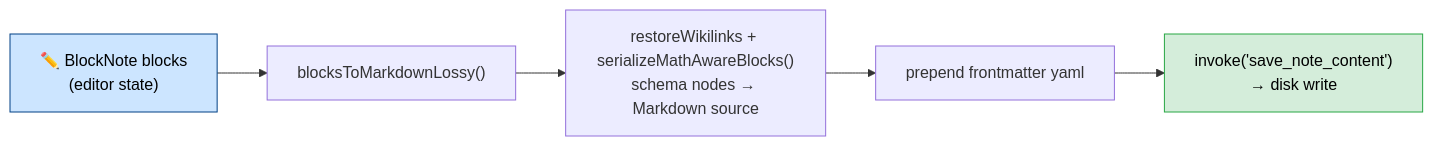
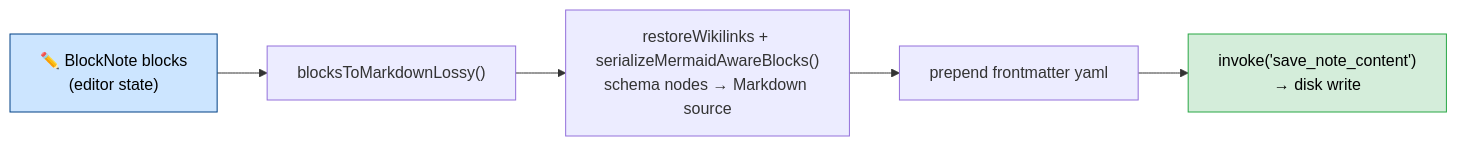
Before and after one commit to aimeritething/Fuwa: the third of 3 diagrams in docs/ABSTRACTIONS.md, drawn with Mermaid. The commit also changed other lines of this file and 17 other files, not shown here.

Commit message:
feat: render mermaid note diagrams

````diff
--- a/docs/ABSTRACTIONS.md
+++ b/docs/ABSTRACTIONS.md
@@ -544,10 +554,10 @@
 ```mermaid
 flowchart LR
     A["✏️ BlockNote blocks\n(editor state)"] --> B["blocksToMarkdownLossy()"]
-    B --> C["restoreWikilinks + serializeMathAwareBlocks()\nschema nodes → Markdown source"]
+    B --> C["restoreWikilinks + serializeMermaidAwareBlocks()\nschema nodes → Markdown source"]
     C --> D["prepend frontmatter yaml"]
     D --> E["invoke('save_note_content')\n→ disk write"]
 
     style A fill:#cce5ff,stroke:#004085,color:#000
     style E fill:#d4edda,stroke:#28a745,color:#000
 ```
````
